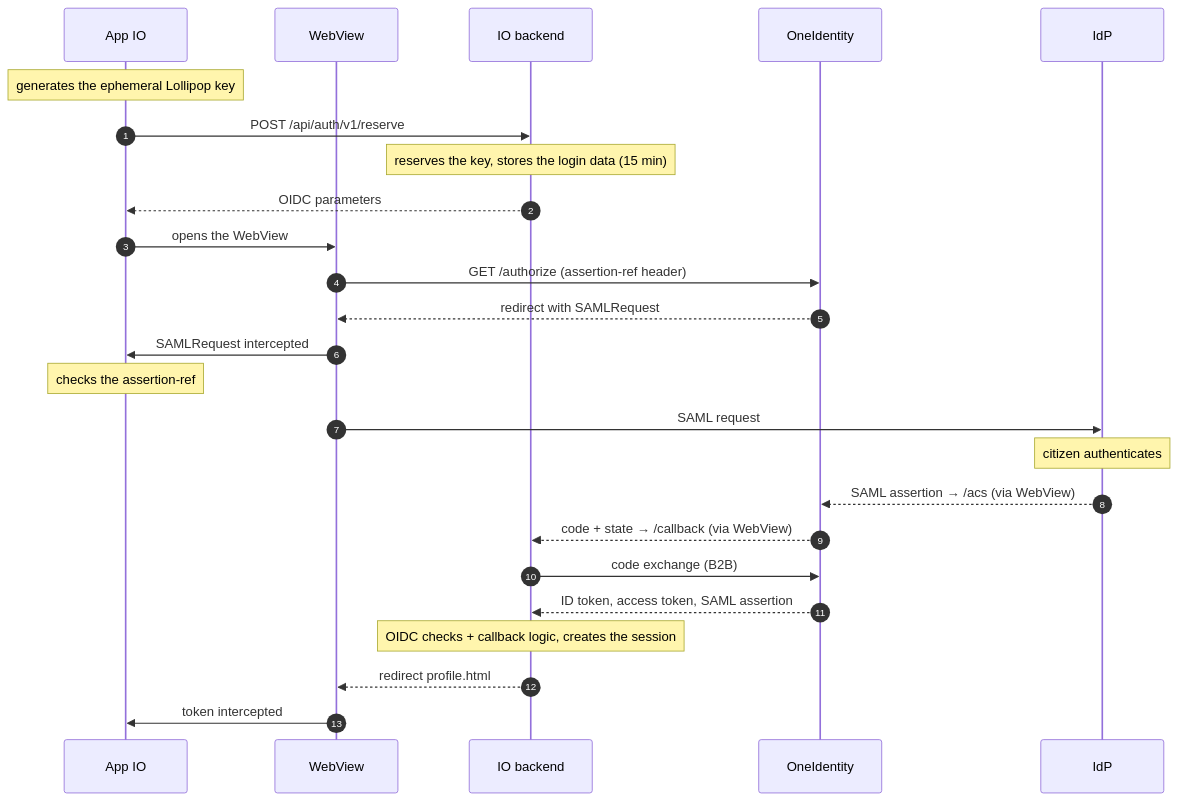
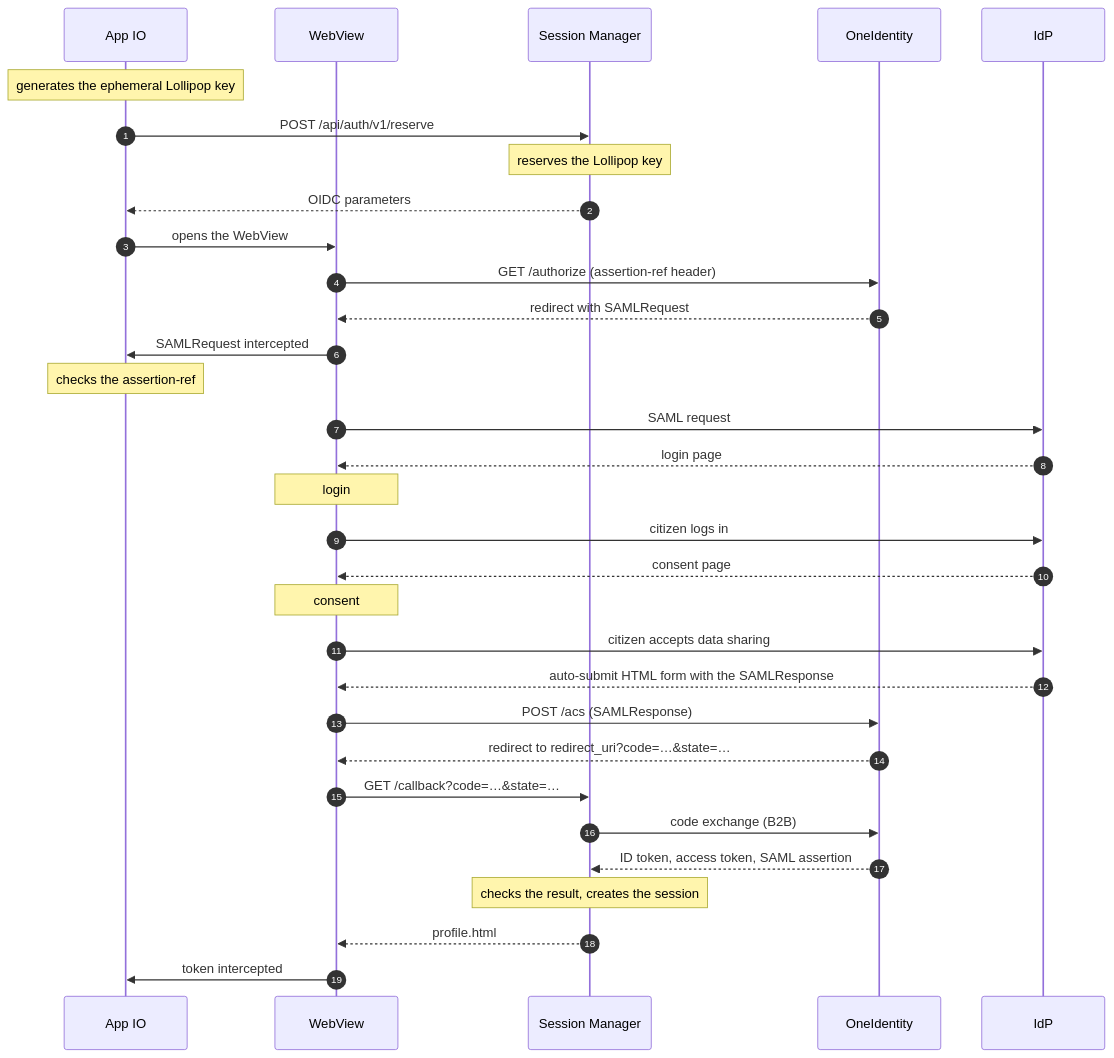
One commit to pagopa/io-app changed the third of 3 diagrams in docs/authentication/login-flows.md. Above: the diagram before and after it, drawn with Mermaid. The commit also changed other lines of this file, not shown here.

Commit message:
docs(authentication): [IOPID-4100] detail login and consent steps in the login diagrams

````diff
--- a/docs/authentication/login-flows.md
+++ b/docs/authentication/login-flows.md
@@ -110,27 +116,34 @@
 ```mermaid
 sequenceDiagram
     autonumber
     participant App as App IO
     participant WV as WebView
-    participant BE as IO backend
+    participant BE as Session Manager
     participant OI as OneIdentity
     participant IdP as IdP
     Note over App: generates the ephemeral Lollipop key
     App->>BE: POST /api/auth/v1/reserve
-    Note over BE: reserves the key, stores the login data (15 min)
+    Note over BE: reserves the Lollipop key
     BE-->>App: OIDC parameters
     App->>WV: opens the WebView
     WV->>OI: GET /authorize (assertion-ref header)
     OI-->>WV: redirect with SAMLRequest
     WV->>App: SAMLRequest intercepted
     Note over App: checks the assertion-ref
     WV->>IdP: SAML request
-    Note over IdP: citizen authenticates
-    IdP-->>OI: SAML assertion → /acs (via WebView)
-    OI-->>BE: code + state → /callback (via WebView)
+    IdP-->>WV: login page
+    Note over WV: login
+    WV->>IdP: citizen logs in
+    IdP-->>WV: consent page
+    Note over WV: consent
+    WV->>IdP: citizen accepts data sharing
+    IdP-->>WV: auto-submit HTML form with the SAMLResponse
+    WV->>OI: POST /acs (SAMLResponse)
+    OI-->>WV: redirect to redirect_uri?code=…&state=…
+    WV->>BE: GET /callback?code=…&state=…
     BE->>OI: code exchange (B2B)
     OI-->>BE: ID token, access token, SAML assertion
-    Note over BE: OIDC checks + callback logic, creates the session
-    BE-->>WV: redirect profile.html#token
+    Note over BE: checks the result, creates the session
+    BE-->>WV: profile.html#token
     WV->>App: token intercepted
 ```
````
